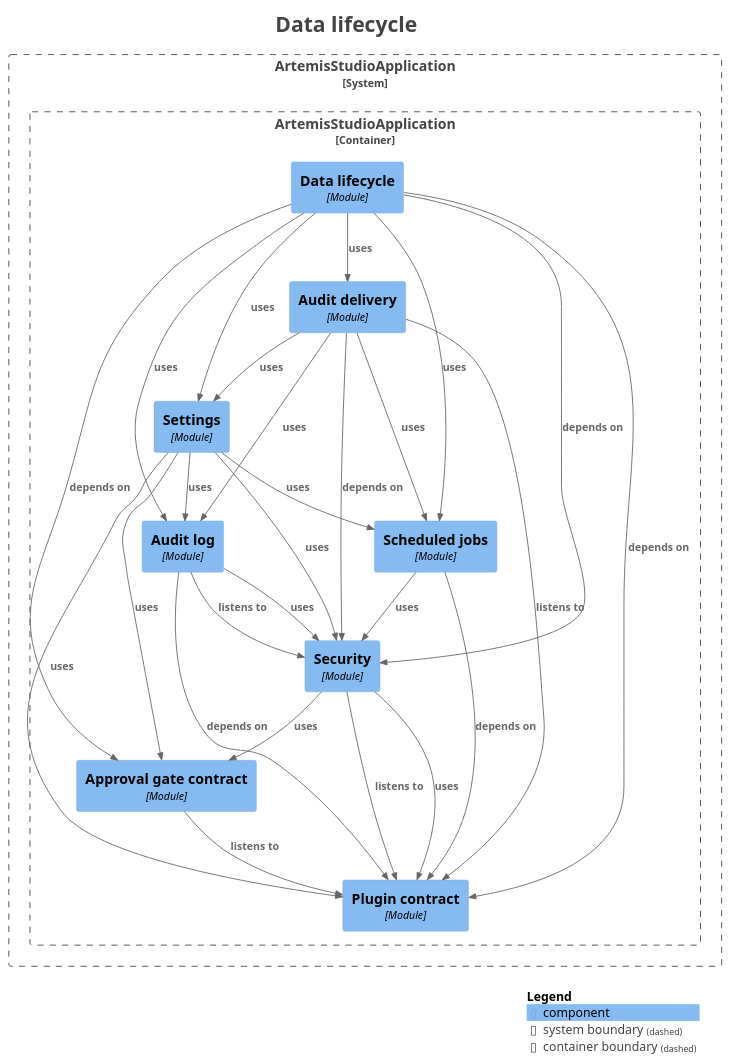
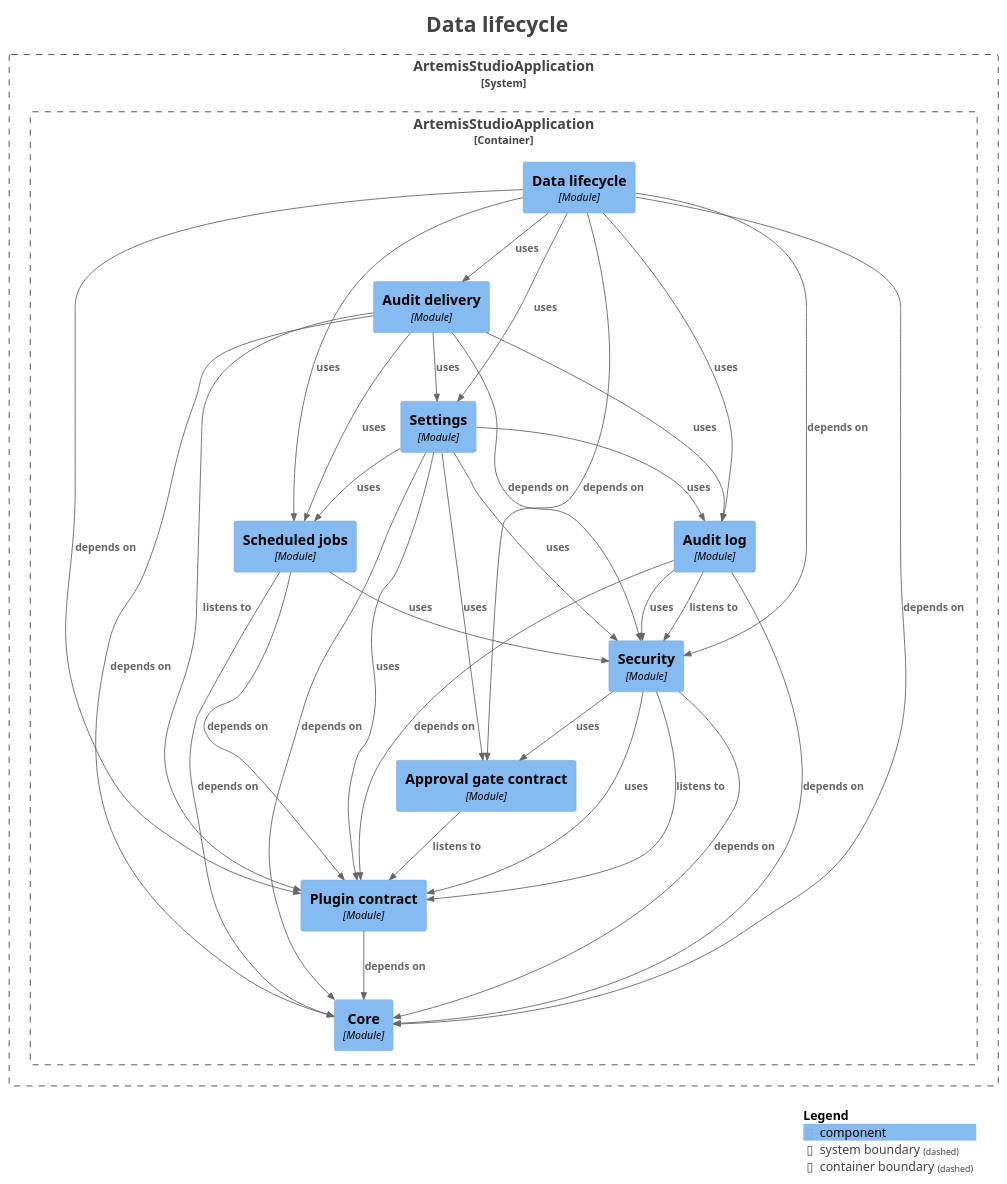
The diagram in docs/modules/module-kernel.lifecycle.puml (sudoitir/artemis-studio), drawn with PlantUML before and after one commit. The commit also changed 33 other files, not shown here.

First line of the commit message:
feat(db): run on an external PostgreSQL 18 in any schema, with a boot check and an optional read replica

```diff
--- a/docs/modules/module-kernel.lifecycle.puml
+++ b/docs/modules/module-kernel.lifecycle.puml
@@ -1,61 +1,69 @@
 @startuml
 title <size:24>Data lifecycle</size>
 
 set separator none
 top to bottom direction
 
 <style>
   root {
     BackgroundColor: #ffffff
     FontColor: #444444
   }
 </style>
 
 !include <C4/C4>
 !include <C4/C4_Context>
 !include <C4/C4_Component>
 
 System_Boundary("ArtemisStudioApplication_boundary", "ArtemisStudioApplication", $tags="") {
   Container_Boundary("ArtemisStudioApplication.ArtemisStudioApplication_boundary", "ArtemisStudioApplication", $tags="") {
     Component(ArtemisStudioApplication.ArtemisStudioApplication.Approvalgatecontract, "Approval gate contract", $techn="Module", $descr="", $tags="", $link="")
     Component(ArtemisStudioApplication.ArtemisStudioApplication.Auditdelivery, "Audit delivery", $techn="Module", $descr="", $tags="", $link="")
     Component(ArtemisStudioApplication.ArtemisStudioApplication.Auditlog, "Audit log", $techn="Module", $descr="", $tags="", $link="")
+    Component(ArtemisStudioApplication.ArtemisStudioApplication.Core, "Core", $techn="Module", $descr="", $tags="", $link="")
     Component(ArtemisStudioApplication.ArtemisStudioApplication.Datalifecycle, "Data lifecycle", $techn="Module", $descr="", $tags="", $link="")
     Component(ArtemisStudioApplication.ArtemisStudioApplication.Plugincontract, "Plugin contract", $techn="Module", $descr="", $tags="", $link="")
     Component(ArtemisStudioApplication.ArtemisStudioApplication.Scheduledjobs, "Scheduled jobs", $techn="Module", $descr="", $tags="", $link="")
     Component(ArtemisStudioApplication.ArtemisStudioApplication.Security, "Security", $techn="Module", $descr="", $tags="", $link="")
     Component(ArtemisStudioApplication.ArtemisStudioApplication.Settings, "Settings", $techn="Module", $descr="", $tags="", $link="")
   }
 
 }
 
 Rel(ArtemisStudioApplication.ArtemisStudioApplication.Approvalgatecontract, ArtemisStudioApplication.ArtemisStudioApplication.Plugincontract, "listens to", $techn="", $tags="", $link="")
 Rel(ArtemisStudioApplication.ArtemisStudioApplication.Auditdelivery, ArtemisStudioApplication.ArtemisStudioApplication.Auditlog, "uses", $techn="", $tags="", $link="")
+Rel(ArtemisStudioApplication.ArtemisStudioApplication.Auditdelivery, ArtemisStudioApplication.ArtemisStudioApplication.Core, "depends on", $techn="", $tags="", $link="")
 Rel(ArtemisStudioApplication.ArtemisStudioApplication.Auditdelivery, ArtemisStudioApplication.ArtemisStudioApplication.Plugincontract, "listens to", $techn="", $tags="", $link="")
 Rel(ArtemisStudioApplication.ArtemisStudioApplication.Auditdelivery, ArtemisStudioApplication.ArtemisStudioApplication.Scheduledjobs, "uses", $techn="", $tags="", $link="")
 Rel(ArtemisStudioApplication.ArtemisStudioApplication.Auditdelivery, ArtemisStudioApplication.ArtemisStudioApplication.Security, "depends on", $techn="", $tags="", $link="")
 Rel(ArtemisStudioApplication.ArtemisStudioApplication.Auditdelivery, ArtemisStudioApplication.ArtemisStudioApplication.Settings, "uses", $techn="", $tags="", $link="")
+Rel(ArtemisStudioApplication.ArtemisStudioApplication.Auditlog, ArtemisStudioApplication.ArtemisStudioApplication.Core, "depends on", $techn="", $tags="", $link="")
 Rel(ArtemisStudioApplication.ArtemisStudioApplication.Auditlog, ArtemisStudioApplication.ArtemisStudioApplication.Plugincontract, "depends on", $techn="", $tags="", $link="")
 Rel(ArtemisStudioApplication.ArtemisStudioApplication.Auditlog, ArtemisStudioApplication.ArtemisStudioApplication.Security, "listens to", $techn="", $tags="", $link="")
 Rel(ArtemisStudioApplication.ArtemisStudioApplication.Auditlog, ArtemisStudioApplication.ArtemisStudioApplication.Security, "uses", $techn="", $tags="", $link="")
 Rel(ArtemisStudioApplication.ArtemisStudioApplication.Datalifecycle, ArtemisStudioApplication.ArtemisStudioApplication.Approvalgatecontract, "depends on", $techn="", $tags="", $link="")
 Rel(ArtemisStudioApplication.ArtemisStudioApplication.Datalifecycle, ArtemisStudioApplication.ArtemisStudioApplication.Auditdelivery, "uses", $techn="", $tags="", $link="")
 Rel(ArtemisStudioApplication.ArtemisStudioApplication.Datalifecycle, ArtemisStudioApplication.ArtemisStudioApplication.Auditlog, "uses", $techn="", $tags="", $link="")
+Rel(ArtemisStudioApplication.ArtemisStudioApplication.Datalifecycle, ArtemisStudioApplication.ArtemisStudioApplication.Core, "depends on", $techn="", $tags="", $link="")
 Rel(ArtemisStudioApplication.ArtemisStudioApplication.Datalifecycle, ArtemisStudioApplication.ArtemisStudioApplication.Plugincontract, "depends on", $techn="", $tags="", $link="")
 Rel(ArtemisStudioApplication.ArtemisStudioApplication.Datalifecycle, ArtemisStudioApplication.ArtemisStudioApplication.Scheduledjobs, "uses", $techn="", $tags="", $link="")
 Rel(ArtemisStudioApplication.ArtemisStudioApplication.Datalifecycle, ArtemisStudioApplication.ArtemisStudioApplication.Security, "depends on", $techn="", $tags="", $link="")
 Rel(ArtemisStudioApplication.ArtemisStudioApplication.Datalifecycle, ArtemisStudioApplication.ArtemisStudioApplication.Settings, "uses", $techn="", $tags="", $link="")
+Rel(ArtemisStudioApplication.ArtemisStudioApplication.Plugincontract, ArtemisStudioApplication.ArtemisStudioApplication.Core, "depends on", $techn="", $tags="", $link="")
+Rel(ArtemisStudioApplication.ArtemisStudioApplication.Scheduledjobs, ArtemisStudioApplication.ArtemisStudioApplication.Core, "depends on", $techn="", $tags="", $link="")
 Rel(ArtemisStudioApplication.ArtemisStudioApplication.Scheduledjobs, ArtemisStudioApplication.ArtemisStudioApplication.Plugincontract, "depends on", $techn="", $tags="", $link="")
 Rel(ArtemisStudioApplication.ArtemisStudioApplication.Scheduledjobs, ArtemisStudioApplication.ArtemisStudioApplication.Security, "uses", $techn="", $tags="", $link="")
 Rel(ArtemisStudioApplication.ArtemisStudioApplication.Security, ArtemisStudioApplication.ArtemisStudioApplication.Approvalgatecontract, "uses", $techn="", $tags="", $link="")
+Rel(ArtemisStudioApplication.ArtemisStudioApplication.Security, ArtemisStudioApplication.ArtemisStudioApplication.Core, "depends on", $techn="", $tags="", $link="")
 Rel(ArtemisStudioApplication.ArtemisStudioApplication.Security, ArtemisStudioApplication.ArtemisStudioApplication.Plugincontract, "listens to", $techn="", $tags="", $link="")
 Rel(ArtemisStudioApplication.ArtemisStudioApplication.Security, ArtemisStudioApplication.ArtemisStudioApplication.Plugincontract, "uses", $techn="", $tags="", $link="")
 Rel(ArtemisStudioApplication.ArtemisStudioApplication.Settings, ArtemisStudioApplication.ArtemisStudioApplication.Approvalgatecontract, "uses", $techn="", $tags="", $link="")
 Rel(ArtemisStudioApplication.ArtemisStudioApplication.Settings, ArtemisStudioApplication.ArtemisStudioApplication.Auditlog, "uses", $techn="", $tags="", $link="")
+Rel(ArtemisStudioApplication.ArtemisStudioApplication.Settings, ArtemisStudioApplication.ArtemisStudioApplication.Core, "depends on", $techn="", $tags="", $link="")
 Rel(ArtemisStudioApplication.ArtemisStudioApplication.Settings, ArtemisStudioApplication.ArtemisStudioApplication.Plugincontract, "uses", $techn="", $tags="", $link="")
 Rel(ArtemisStudioApplication.ArtemisStudioApplication.Settings, ArtemisStudioApplication.ArtemisStudioApplication.Scheduledjobs, "uses", $techn="", $tags="", $link="")
 Rel(ArtemisStudioApplication.ArtemisStudioApplication.Settings, ArtemisStudioApplication.ArtemisStudioApplication.Security, "uses", $techn="", $tags="", $link="")
 
 SHOW_LEGEND(true)
 hide stereotypes
 @enduml
```
